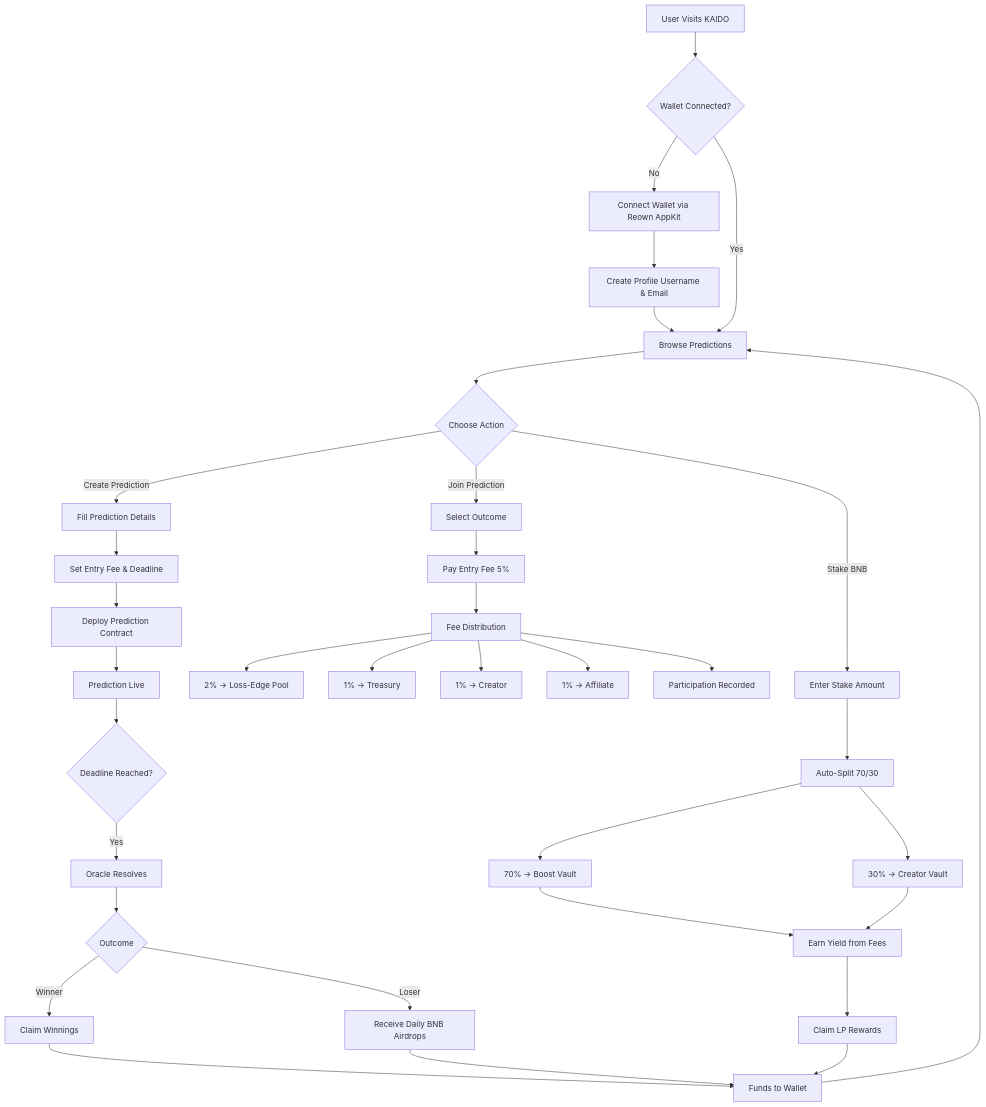
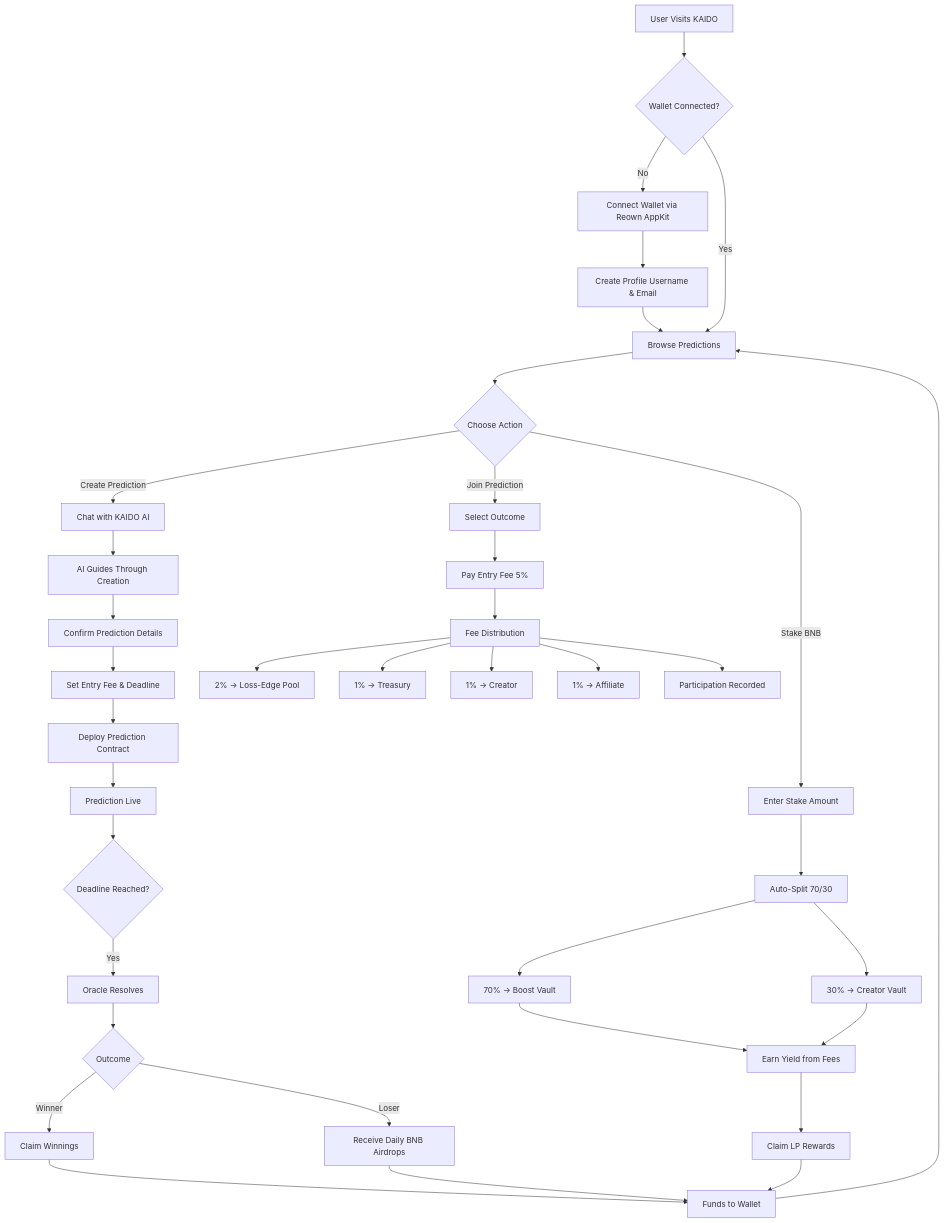
Before and after one commit to kaidobnb/kaido: the first of 2 diagrams in README.md, drawn with Mermaid. The commit also changed other lines of this file, not shown here.

````diff
--- a/README.md
+++ b/README.md
@@ -138,45 +148,47 @@
 ```mermaid
 graph TD
     A[User Visits KAIDO] --> B{Wallet Connected?}
     B -->|No| C[Connect Wallet via Reown AppKit]
     C --> D[Create Profile Username & Email]
     D --> E[Browse Predictions]
     B -->|Yes| E
 
     E --> F{Choose Action}
 
-    F -->|Create Prediction| G[Fill Prediction Details]
+    F -->|Create Prediction| F1[Chat with KAIDO AI]
+    F1 --> F2[AI Guides Through Creation]
+    F2 --> G[Confirm Prediction Details]
     G --> H[Set Entry Fee & Deadline]
     H --> I[Deploy Prediction Contract]
     I --> J[Prediction Live]
 
     F -->|Join Prediction| K[Select Outcome]
     K --> L[Pay Entry Fee 5%]
     L --> M[Fee Distribution]
     M --> M1[2% → Loss-Edge Pool]
     M --> M2[1% → Treasury]
     M --> M3[1% → Creator]
     M --> M4[1% → Affiliate]
     M --> N[Participation Recorded]
 
     F -->|Stake BNB| O[Enter Stake Amount]
     O --> P[Auto-Split 70/30]
     P --> P1[70% → Boost Vault]
     P --> P2[30% → Creator Vault]
     P1 --> Q[Earn Yield from Fees]
     P2 --> Q
 
     J --> R{Deadline Reached?}
     R -->|Yes| S[Oracle Resolves]
     S --> T{Outcome}
     T -->|Winner| U[Claim Winnings]
     T -->|Loser| V[Receive Daily BNB Airdrops]
 
     Q --> W[Claim LP Rewards]
 
     U --> X[Funds to Wallet]
     V --> X
     W --> X
 
     X --> E
 ```
````
